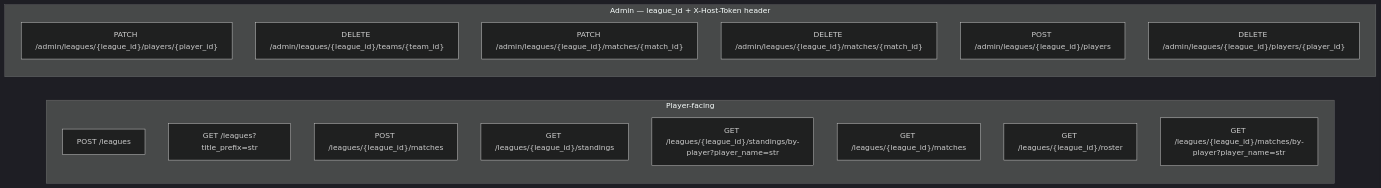
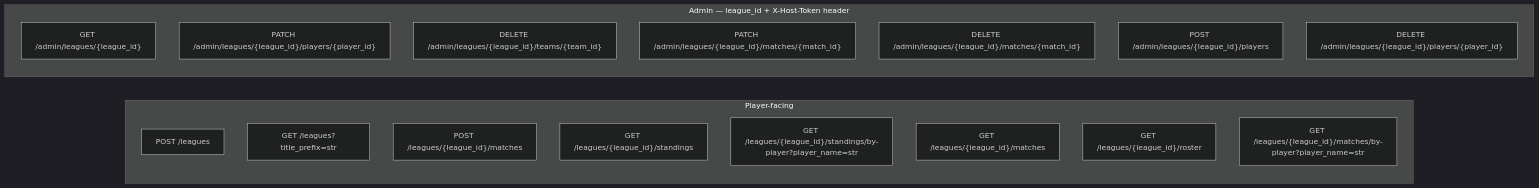
The diagram in Design_Doc/TLMB_Design_doc/13_api_contracts.md (swjeong0825/TLMB_backend_main), drawn with Mermaid (dark theme) before and after one commit. The commit also changed other lines of this file and 12 other files, not shown here.

````diff
--- a/Design_Doc/TLMB_Design_doc/13_api_contracts.md
+++ b/Design_Doc/TLMB_Design_doc/13_api_contracts.md
@@ -12,21 +12,22 @@
 ```mermaid
 flowchart LR
     subgraph player [Player-facing]
         P1["POST /leagues"]
         P1b["GET /leagues?title_prefix=str"]
         P2["POST /leagues/{league_id}/matches"]
         P3["GET /leagues/{league_id}/standings"]
         P3b["GET /leagues/{league_id}/standings/by-player?player_name=str"]
         P4["GET /leagues/{league_id}/matches"]
         P5["GET /leagues/{league_id}/roster"]
         P6["GET /leagues/{league_id}/matches/by-player?player_name=str"]
     end
     subgraph admin ["Admin — league_id + X-Host-Token header"]
+        A0["GET /admin/leagues/{league_id}"]
         A1["PATCH /admin/leagues/{league_id}/players/{player_id}"]
         A2["DELETE /admin/leagues/{league_id}/teams/{team_id}"]
         A3["PATCH /admin/leagues/{league_id}/matches/{match_id}"]
         A4["DELETE /admin/leagues/{league_id}/matches/{match_id}"]
         A5["POST /admin/leagues/{league_id}/players"]
         A6["DELETE /admin/leagues/{league_id}/players/{player_id}"]
     end
 ```
````
